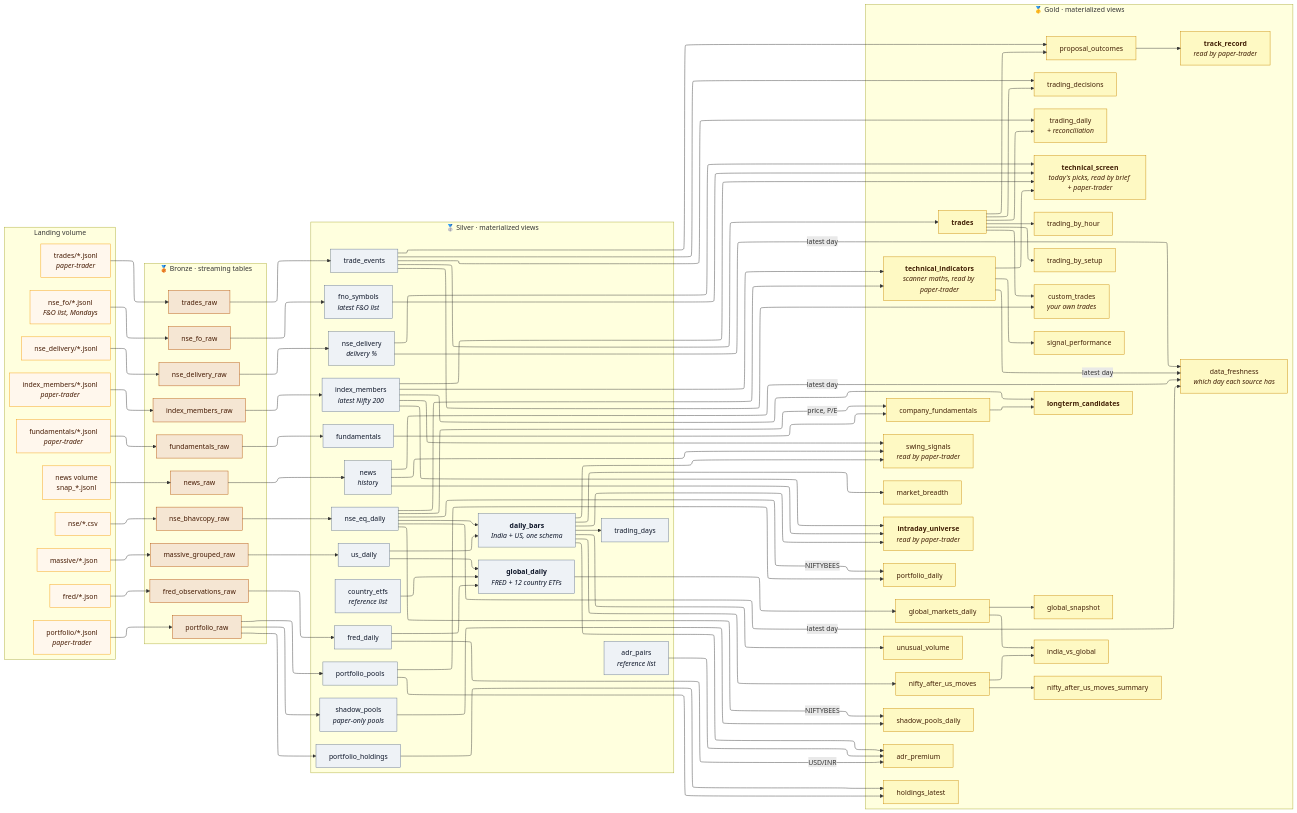
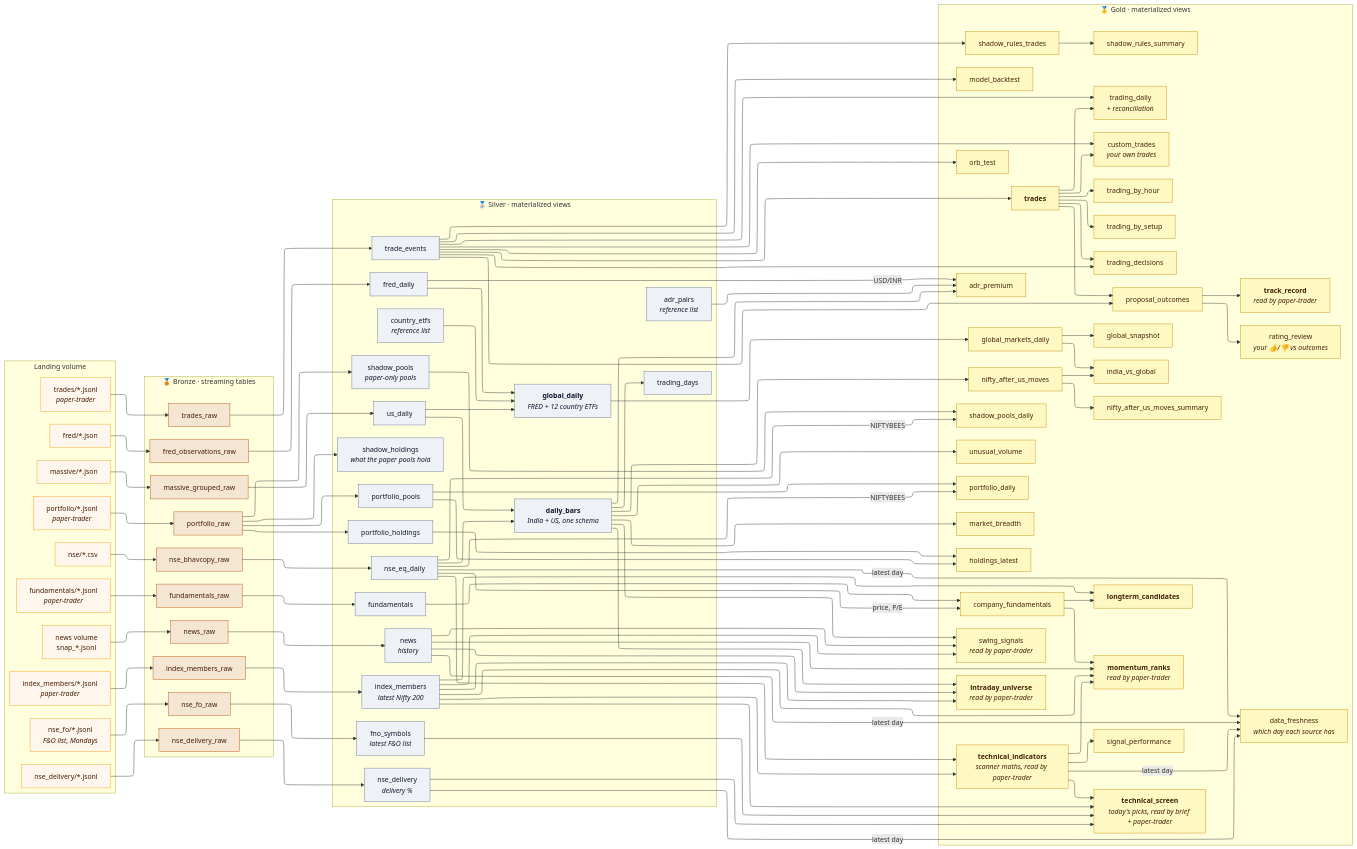
One commit to bumblebee26/stocks_lakehouse changed the diagram in docs/diagrams/03_lineage.mmd. Above: the diagram before and after it, drawn with Mermaid. The commit also changed 11 other files, not shown here.

First line of the commit message:
Docs: lineage for new tables, seven shadow pools, ledger_start, dashboard pages (#52)

```diff
--- a/docs/diagrams/03_lineage.mmd
+++ b/docs/diagrams/03_lineage.mmd
@@ -1,153 +1,169 @@
 ---
 config:
   layout: elk
   elk:
     mergeEdges: false
     nodePlacementStrategy: NETWORK_SIMPLEX
 ---
 flowchart LR
     subgraph LAND["Landing volume"]
         direction TB
         LN["nse/*.csv"]
         LD["nse_delivery/*.jsonl"]
         LO["nse_fo/*.jsonl<br/><i>F&amp;O list, Mondays</i>"]
         LM["massive/*.json"]
         LF["fred/*.json"]
         LT["trades/*.jsonl<br/><i>paper-trader</i>"]
         LP["portfolio/*.jsonl<br/><i>paper-trader</i>"]
         LU["fundamentals/*.jsonl<br/><i>paper-trader</i>"]
         LI["index_members/*.jsonl<br/><i>paper-trader</i>"]
         LW["news volume<br/>snap_*.jsonl"]
     end
 
     subgraph B["🥉 Bronze · streaming tables"]
         direction TB
         B1["nse_bhavcopy_raw"]
         B2["massive_grouped_raw"]
         B3["fred_observations_raw"]
         B4["trades_raw"]
         B5["portfolio_raw"]
         B6["fundamentals_raw"]
         B7["index_members_raw"]
         B8["news_raw"]
         B9["nse_delivery_raw"]
         B10["nse_fo_raw"]
     end
 
     subgraph S["🥈 Silver · materialized views"]
         direction TB
         S1["nse_eq_daily"]
         S2["us_daily"]
         S3["<b>daily_bars</b><br/><i>India + US, one schema</i>"]
         S4["trading_days"]
         S5["fred_daily"]
         S6["<b>global_daily</b><br/><i>FRED + 12 country ETFs</i>"]
         S7["trade_events"]
         S8["portfolio_pools"]
         S9["portfolio_holdings"]
         S10["fundamentals"]
         S11["index_members<br/><i>latest Nifty 200</i>"]
         S12["news<br/><i>history</i>"]
         S13["country_etfs<br/><i>reference list</i>"]
         S14["adr_pairs<br/><i>reference list</i>"]
         S15["shadow_pools<br/><i>paper-only pools</i>"]
         S16["nse_delivery<br/><i>delivery %</i>"]
         S17["fno_symbols<br/><i>latest F&amp;O list</i>"]
+        S18["shadow_holdings<br/><i>what the paper pools hold</i>"]
     end
 
     subgraph G["🥇 Gold · materialized views"]
         direction TB
         G1["unusual_volume"]
         G2["market_breadth"]
         G3["nifty_after_us_moves"]
         G4["nifty_after_us_moves_summary"]
         G5["adr_premium"]
         G6["global_markets_daily"]
         G7["global_snapshot"]
         G8["india_vs_global"]
         G9["<b>trades</b>"]
         G10["trading_daily<br/><i>+ reconciliation</i>"]
         G11["trading_by_setup"]
         G12["trading_by_hour"]
         G13["trading_decisions"]
         G14["portfolio_daily"]
         G15["holdings_latest"]
         G16["company_fundamentals"]
         G17["<b>longterm_candidates</b>"]
         G18["proposal_outcomes"]
         G19["<b>track_record</b><br/><i>read by paper-trader</i>"]
         G20["custom_trades<br/><i>your own trades</i>"]
         G21["<b>intraday_universe</b><br/><i>read by paper-trader</i>"]
         G22["swing_signals<br/><i>read by paper-trader</i>"]
         G23["shadow_pools_daily"]
         G24["<b>technical_indicators</b><br/><i>scanner maths, read by paper-trader</i>"]
         G25["<b>technical_screen</b><br/><i>today's picks, read by brief + paper-trader</i>"]
         G26["signal_performance"]
         G27["data_freshness<br/><i>which day each source has</i>"]
+        G28["rating_review<br/><i>your 👍/👎 vs outcomes</i>"]
+        G29["shadow_rules_trades"]
+        G30["shadow_rules_summary"]
+        G31["orb_test"]
+        G32["model_backtest"]
+        G33["<b>momentum_ranks</b><br/><i>read by paper-trader</i>"]
     end
 
     LN --> B1 --> S1 --> S3
     LM --> B2 --> S2 --> S3
     LF --> B3 --> S5 --> S6
     S2 --> S6
     S13 --> S6
     S3 --> S4
     S3 --> G1
     S3 --> G2
     S3 --> G3 --> G4
     S3 --> G5
     S14 --> G5
     S5 -- "USD/INR" --> G5
     S6 --> G6 --> G7
     G6 --> G8
     G3 --> G8
     LT --> B4 --> S7 --> G9
     G9 --> G10
     S7 --> G10
     G9 --> G11
     G9 --> G12
     G9 --> G13
     S7 --> G13
     S7 --> G18
     G9 --> G18 --> G19
     LP --> B5
     B5 --> S8
     B5 --> S9
     S8 --> G14
     S1 -- "NIFTYBEES" --> G14
     S9 --> G15
     S8 --> G15
     LU --> B6 --> S10 --> G16
     S1 -- "price, P/E" --> G16
     LI --> B7 --> S11 --> G17
     G16 --> G17
     LW --> B8 --> S12
     G9 --> G20
     S7 --> G20
     B5 --> S15 --> G23
     S1 -- "NIFTYBEES" --> G23
     S3 --> G21
     S11 --> G21
     S12 --> G21
     S3 --> G22
     S11 --> G22
     S12 --> G22
     LD --> B9 --> S16
     LO --> B10 --> S17
     S1 --> G24
     S11 --> G24
     G24 --> G25
     S11 --> G25
     S16 --> G25
     S17 --> G25
     G24 --> G26
     S1 & S16 & S12 & G24 -- "latest day" --> G27
+    B5 --> S18
+    G18 --> G28
+    S7 --> G29 --> G30
+    S7 --> G31
+    S7 --> G32
+    G24 --> G33
+    G16 --> G33
+    S11 --> G33
+    S12 --> G33
 
     classDef land fill:#fff7ed,stroke:#f59e0b,color:#451a03
     classDef bronze fill:#f5e6d3,stroke:#b45309,color:#451a03
     classDef silver fill:#eef2f6,stroke:#64748b,color:#0f172a
     classDef gold fill:#fef9c3,stroke:#ca8a04,color:#422006
     class LN,LD,LO,LM,LF,LT,LP,LU,LI,LW land
     class B1,B2,B3,B4,B5,B6,B7,B8,B9,B10 bronze
-    class S1,S2,S3,S4,S5,S6,S7,S8,S9,S10,S11,S12,S13,S14,S15,S16,S17 silver
-    class G1,G2,G3,G4,G5,G6,G7,G8,G9,G10,G11,G12,G13,G14,G15,G16,G17,G18,G19,G20,G21,G22,G23,G24,G25,G26,G27 gold
+    class S1,S2,S3,S4,S5,S6,S7,S8,S9,S10,S11,S12,S13,S14,S15,S16,S17,S18 silver
+    class G1,G2,G3,G4,G5,G6,G7,G8,G9,G10,G11,G12,G13,G14,G15,G16,G17,G18,G19,G20,G21,G22,G23,G24,G25,G26,G27,G28,G29,G30,G31,G32,G33 gold
```
